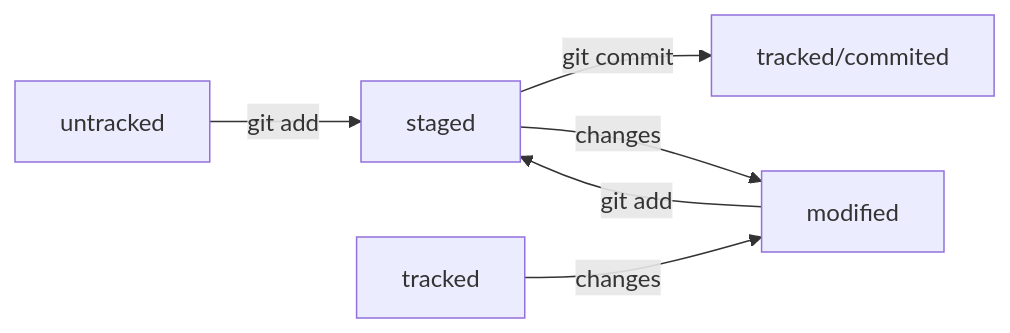
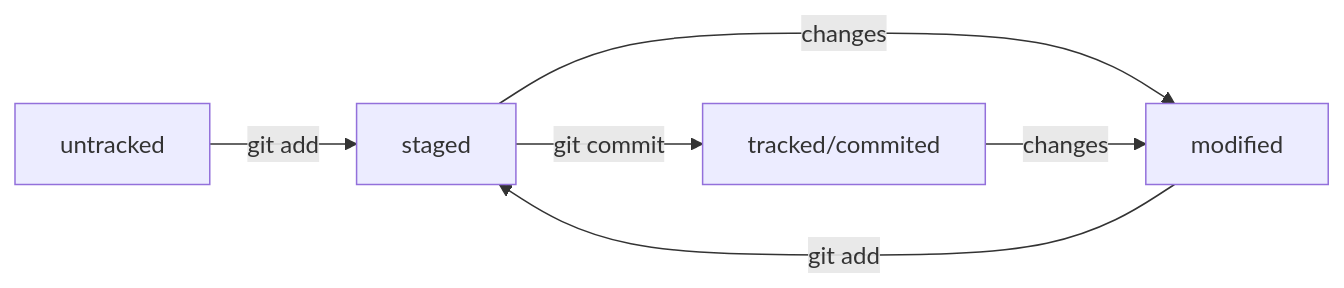
One commit to YVYushchak/test1 changed the diagram in README.md. Above: the diagram before and after it, drawn with Mermaid.

Commit message:
Error in status picture

````diff
--- a/README.md
+++ b/README.md
@@ -95,8 +95,8 @@
 ```mermaid
 graph LR
 untracked -- "git add" --> staged;
 staged -- "git commit" --> tracked/commited;
 staged -- "changes" --> modified;
 modified -- "git add" --> staged;
-tracked -- "changes" --> modified;
+tracked/commited -- "changes" --> modified;
 ```
````
